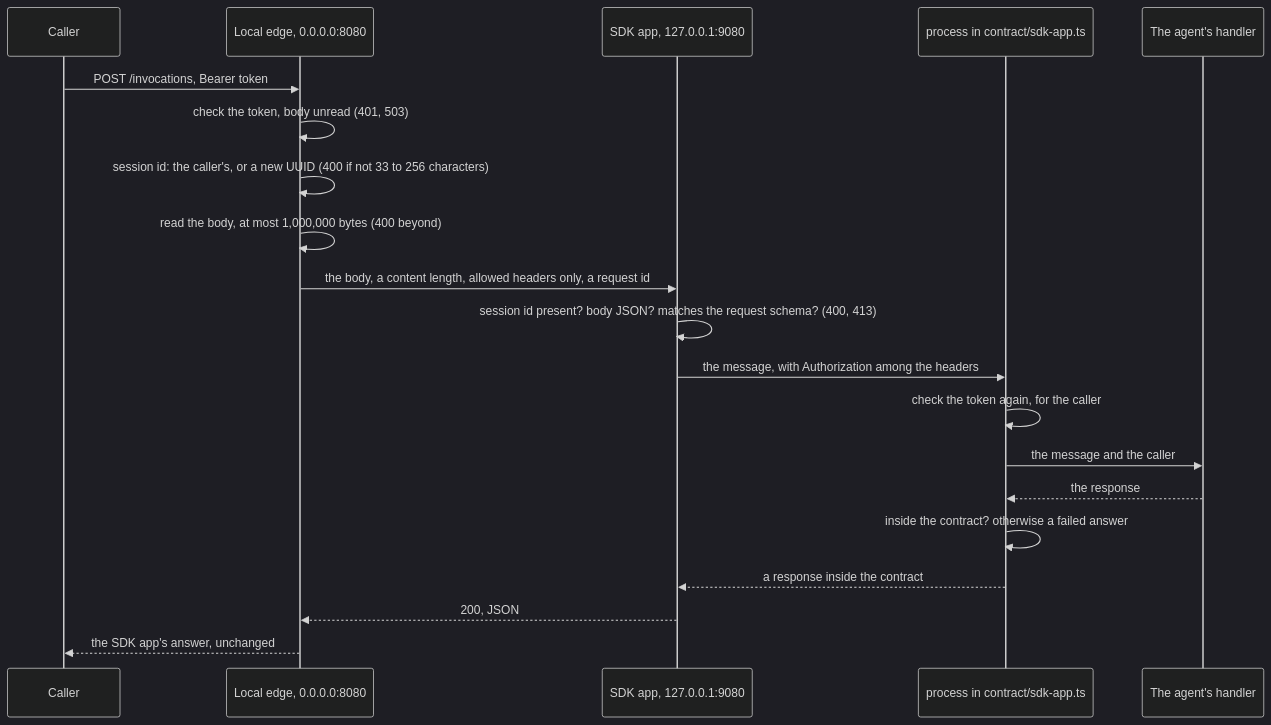
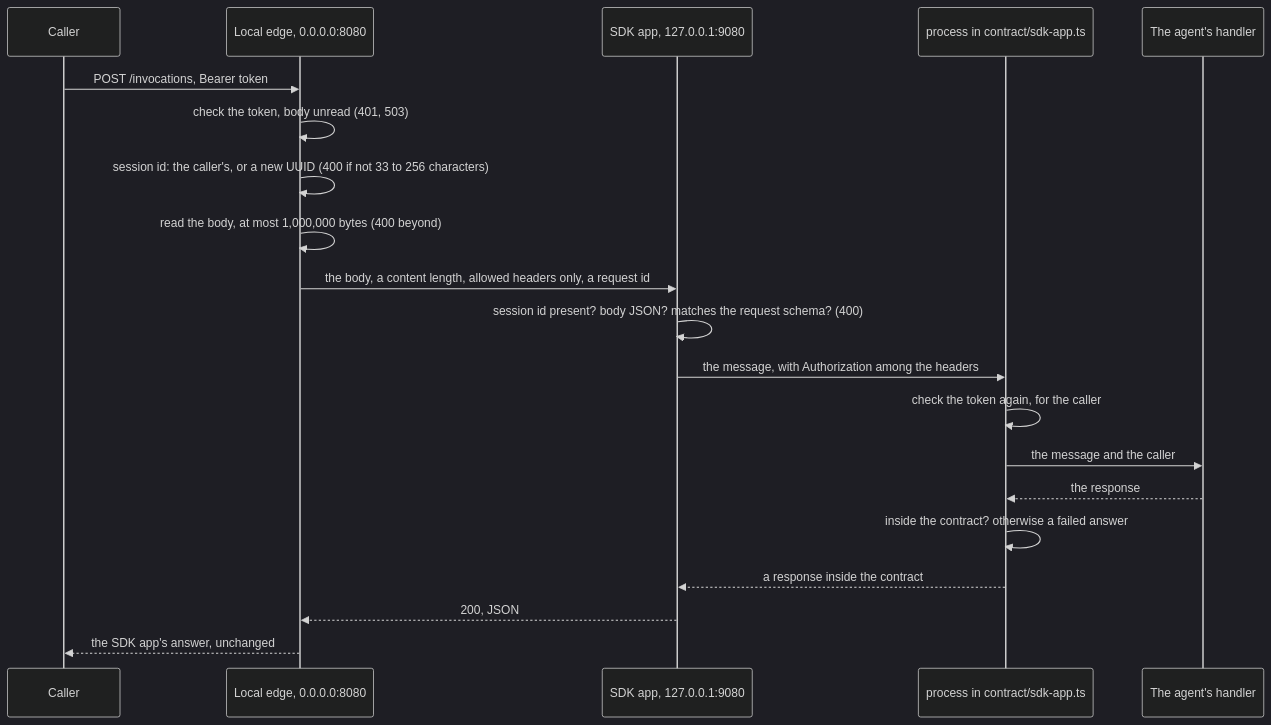
One commit to AndrewPHunter/ai-on-aws changed the first of 2 diagrams in docs/architecture/agent-runtime.md. Above: the diagram before and after it, drawn with Mermaid (dark theme). The commit also changed other lines of this file and 17 other files, not shown here.

````diff
--- a/docs/architecture/agent-runtime.md
+++ b/docs/architecture/agent-runtime.md
@@ -23,23 +23,23 @@
 ```mermaid
 sequenceDiagram
     participant C as Caller
     participant E as Local edge, 0.0.0.0:8080
     participant S as SDK app, 127.0.0.1:9080
     participant P as process in contract/sdk-app.ts
     participant H as The agent's handler
 
     C->>E: POST /invocations, Bearer token
     E->>E: check the token, body unread (401, 503)
     E->>E: session id: the caller's, or a new UUID (400 if not 33 to 256 characters)
     E->>E: read the body, at most 1,000,000 bytes (400 beyond)
     E->>S: the body, a content length, allowed headers only, a request id
-    S->>S: session id present? body JSON? matches the request schema? (400, 413)
+    S->>S: session id present? body JSON? matches the request schema? (400)
     S->>P: the message, with Authorization among the headers
     P->>P: check the token again, for the caller
     P->>H: the message and the caller
     H-->>P: the response
     P->>P: inside the contract? otherwise a failed answer
     P-->>S: a response inside the contract
     S-->>E: 200, JSON
     E-->>C: the SDK app's answer, unchanged
 ```
````
